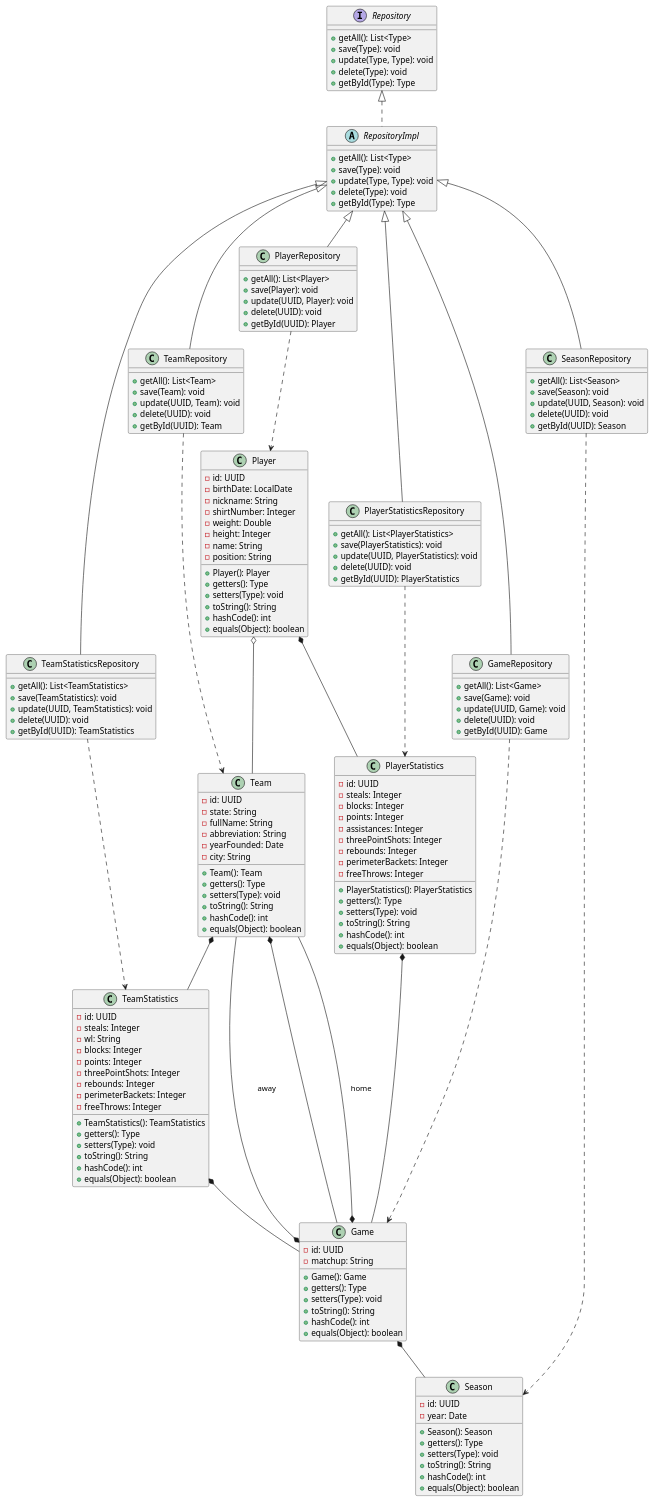
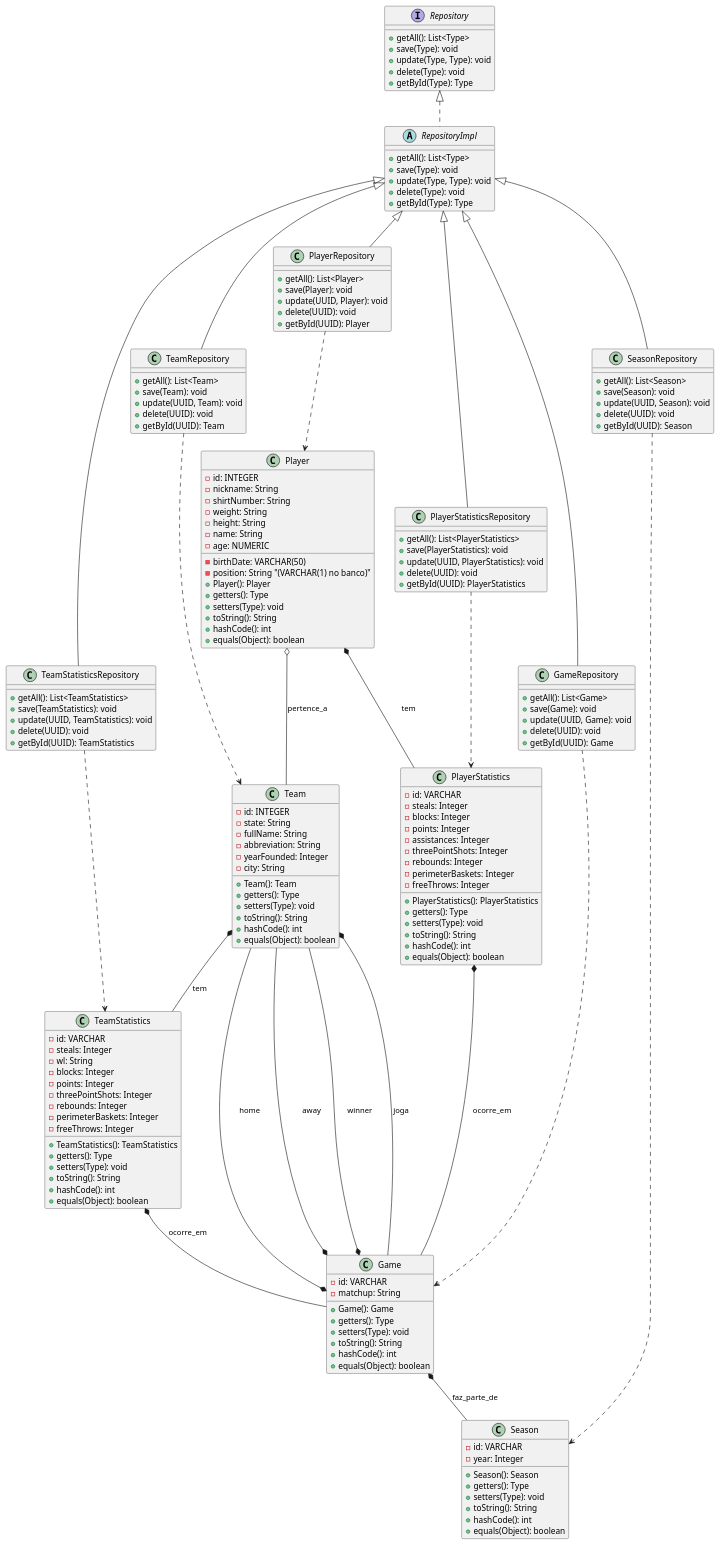
The diagram in aps/diagrams/classe/model.puml (Pedro-H-Gregorio/NBA_api), drawn with PlantUML before and after one commit.

Commit message:
corrigindo o diagrama de classe

```diff
--- a/aps/diagrams/classe/model.puml
+++ b/aps/diagrams/classe/model.puml
@@ -1,188 +1,188 @@
 @startuml
 class Player {
-    - id: UUID
-    - birthDate: LocalDate
+    - id: INTEGER
+    - birthDate: VARCHAR(50)
     - nickname: String
-    - shirtNumber: Integer
-    - weight: Double
-    - height: Integer
+    - shirtNumber: String
+    - weight: String
+    - height: String
     - name: String
-    - position: String
-    
+    - position: String "(VARCHAR(1) no banco)"
+    - age: NUMERIC
+
     + Player(): Player
     + getters(): Type
     + setters(Type): void
     + toString(): String
     + hashCode(): int
     + equals(Object): boolean
 }
 
 class Team {
-    - id: UUID
+    - id: INTEGER
     - state: String
     - fullName: String
     - abbreviation: String
-    - yearFounded: Date
+    - yearFounded: Integer
     - city: String
-    
+
     + Team(): Team
     + getters(): Type
     + setters(Type): void
     + toString(): String
     + hashCode(): int
     + equals(Object): boolean
 }
 
 class Game {
-    - id: UUID
+    - id: VARCHAR
     - matchup: String
-    
+
     + Game(): Game
     + getters(): Type
     + setters(Type): void
     + toString(): String
     + hashCode(): int
     + equals(Object): boolean
 }
 
 class Season {
-    - id: UUID
-    - year: Date
-    
+    - id: VARCHAR
+    - year: Integer
+
     + Season(): Season
     + getters(): Type
     + setters(Type): void
     + toString(): String
     + hashCode(): int
     + equals(Object): boolean
 }
 
 class PlayerStatistics {
-    - id: UUID
+    - id: VARCHAR
     - steals: Integer
     - blocks: Integer
     - points: Integer
     - assistances: Integer
     - threePointShots: Integer
     - rebounds: Integer
-    - perimeterBackets: Integer
+    - perimeterBaskets: Integer
     - freeThrows: Integer
-    
+
     + PlayerStatistics(): PlayerStatistics
     + getters(): Type
     + setters(Type): void
     + toString(): String
     + hashCode(): int
     + equals(Object): boolean
 }
 
 class TeamStatistics {
-    - id: UUID
+    - id: VARCHAR
     - steals: Integer
     - wl: String
     - blocks: Integer
     - points: Integer
     - threePointShots: Integer
     - rebounds: Integer
-    - perimeterBackets: Integer
+    - perimeterBaskets: Integer
     - freeThrows: Integer
-    
+
     + TeamStatistics(): TeamStatistics
     + getters(): Type
     + setters(Type): void
     + toString(): String
     + hashCode(): int
     + equals(Object): boolean
 }
 
 interface Repository {
     + getAll(): List<Type>
     + save(Type): void
     + update(Type, Type): void
     + delete(Type): void
     + getById(Type): Type
 }
 
 abstract RepositoryImpl {
     + getAll(): List<Type>
     + save(Type): void
     + update(Type, Type): void
     + delete(Type): void
     + getById(Type): Type
 }
 
 class PlayerRepository {
     + getAll(): List<Player>
     + save(Player): void
     + update(UUID, Player): void
     + delete(UUID): void
     + getById(UUID): Player
 }
 
 class TeamRepository {
     + getAll(): List<Team>
     + save(Team): void
     + update(UUID, Team): void
     + delete(UUID): void
     + getById(UUID): Team
 }
 
 class GameRepository {
     + getAll(): List<Game>
     + save(Game): void
     + update(UUID, Game): void
     + delete(UUID): void
     + getById(UUID): Game
 }
 
 class SeasonRepository {
     + getAll(): List<Season>
     + save(Season): void
     + update(UUID, Season): void
     + delete(UUID): void
     + getById(UUID): Season
 }
 
 class PlayerStatisticsRepository {
     + getAll(): List<PlayerStatistics>
     + save(PlayerStatistics): void
     + update(UUID, PlayerStatistics): void
     + delete(UUID): void
     + getById(UUID): PlayerStatistics
 }
 
 class TeamStatisticsRepository {
     + getAll(): List<TeamStatistics>
     + save(TeamStatistics): void
     + update(UUID, TeamStatistics): void
     + delete(UUID): void
     + getById(UUID): TeamStatistics
 }
 
-
 Repository <|.. RepositoryImpl
 RepositoryImpl <|-- PlayerRepository
 RepositoryImpl <|-- TeamRepository
 RepositoryImpl <|-- GameRepository
 RepositoryImpl <|-- SeasonRepository
 RepositoryImpl <|-- PlayerStatisticsRepository
 RepositoryImpl <|-- TeamStatisticsRepository
 
 PlayerRepository ..> Player
 TeamRepository ..> Team
 GameRepository ..> Game
 SeasonRepository ..> Season
 PlayerStatisticsRepository ..> PlayerStatistics
 TeamStatisticsRepository ..> TeamStatistics
 
-Team *-- TeamStatistics
-Team *-- Game
-Player o-- Team
-Player *-- PlayerStatistics
-PlayerStatistics *-- Game
-TeamStatistics *-- Game
+Player o-- Team : pertence_a
+Team *-- TeamStatistics : tem
+Team *-- Game : joga
+Player *-- PlayerStatistics : tem
+PlayerStatistics *-- Game : ocorre_em
+TeamStatistics *-- Game : ocorre_em
 Game *-- Team : home
 Game *-- Team : away
-Game *-- Season
-
+Game *-- Team : winner
+Game *-- Season : faz_parte_de
 @enduml
```
